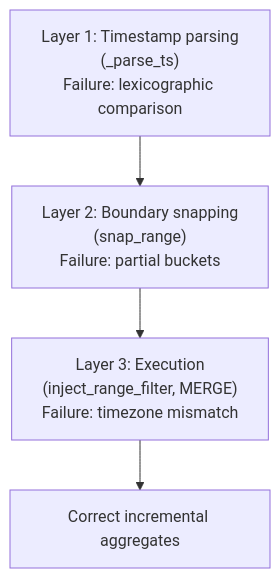
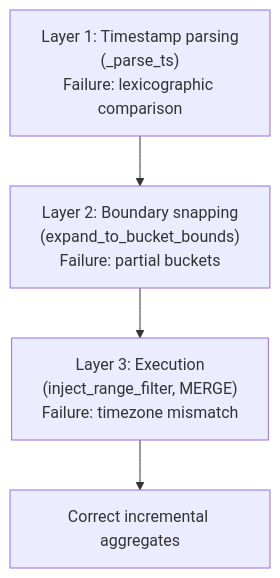
Diagram 11 of 11 in LEARNING_GUIDE.md (jonasbrami/iceberg-ivm), drawn with Mermaid before and after one commit. The commit also changed other lines of this file and 7 other files, not shown here.

First line of the commit message:
refactor: rename snap_range to expand_to_bucket_bounds

````diff
--- a/LEARNING_GUIDE.md
+++ b/LEARNING_GUIDE.md
@@ -479,7 +479,7 @@
 ```mermaid
 flowchart TB
     L1["Layer 1: Timestamp parsing<br/>(_parse_ts)<br/>Failure: lexicographic comparison"]
-    L2["Layer 2: Boundary snapping<br/>(snap_range)<br/>Failure: partial buckets"]
+    L2["Layer 2: Boundary snapping<br/>(expand_to_bucket_bounds)<br/>Failure: partial buckets"]
     L3["Layer 3: Execution<br/>(inject_range_filter, MERGE)<br/>Failure: timezone mismatch"]
     L1 --> L2 --> L3 --> Result["Correct incremental aggregates"]
 ```
````
